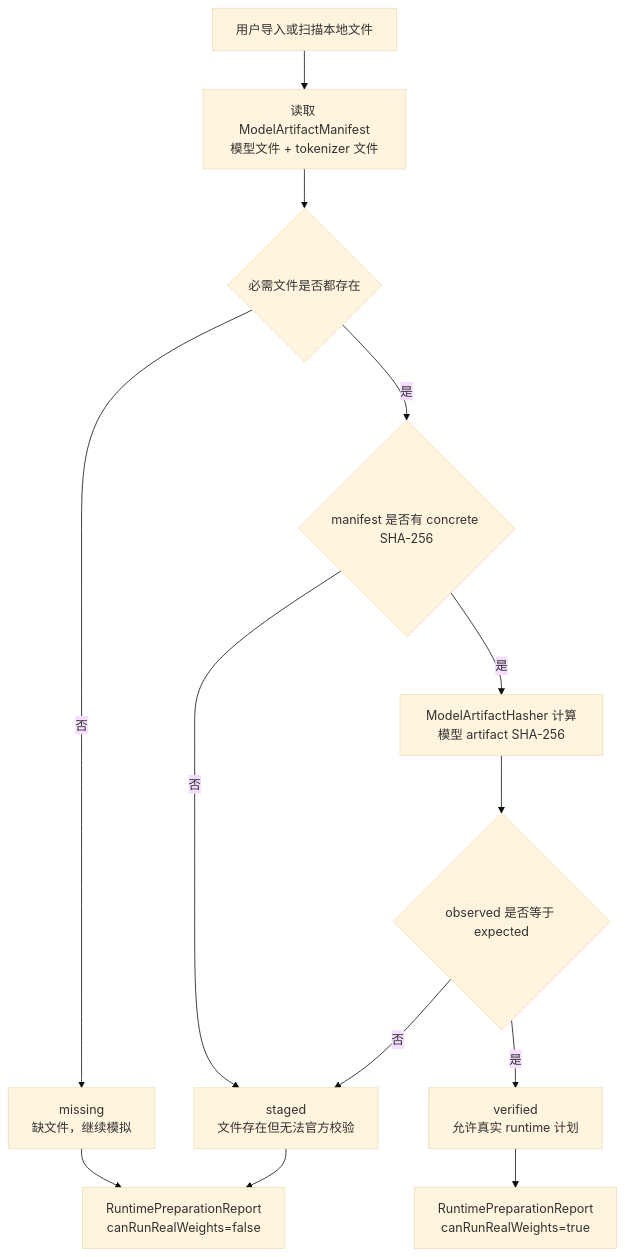
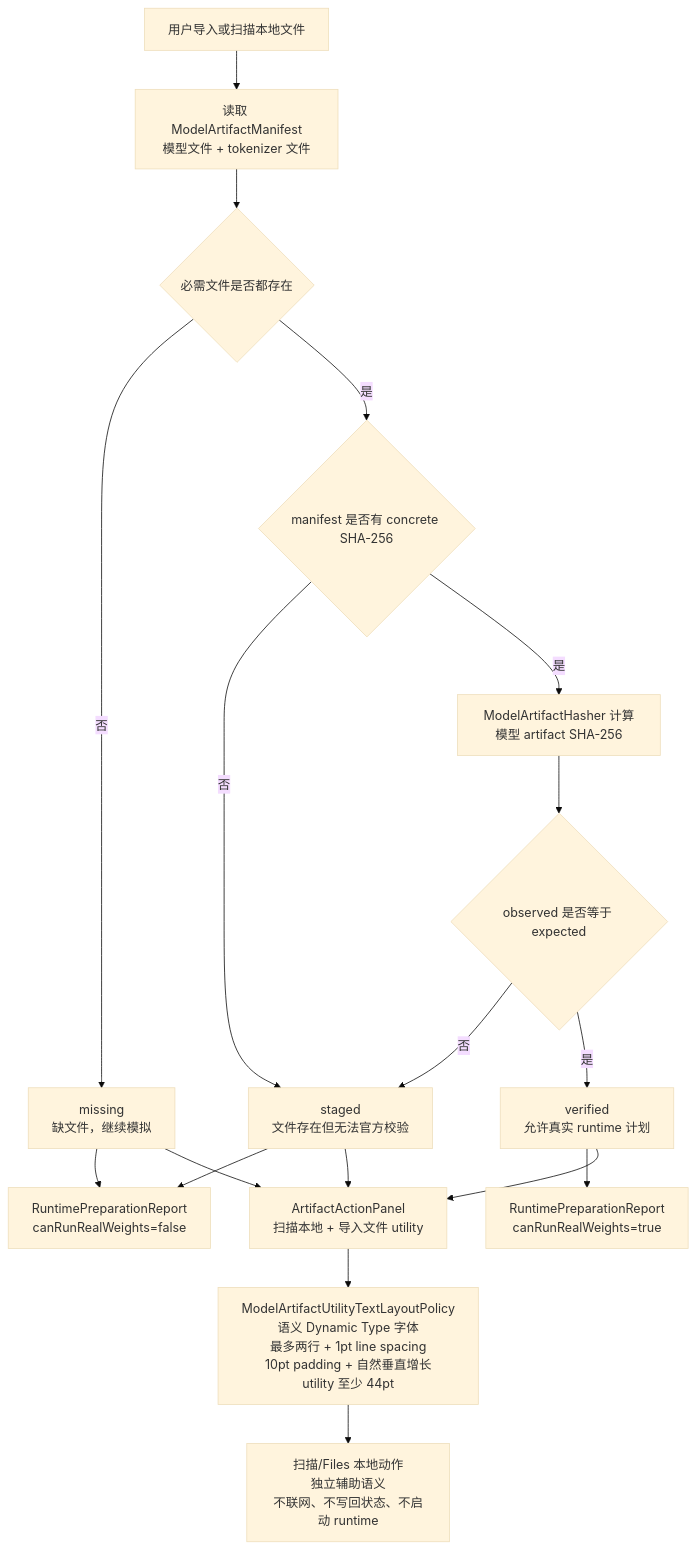
The second of 10 diagrams in md/flow/flowchart.md (Altman-sam114/113), drawn with Mermaid (base theme) before and after one commit. The commit also changed other lines of this file and 7 other files, not shown here.

````diff
--- a/md/flow/flowchart.md
+++ b/md/flow/flowchart.md
@@ -39,15 +39,20 @@
 ```mermaid
 flowchart TD
     A[用户导入或扫描本地文件] --> B[读取 ModelArtifactManifest<br/>模型文件 + tokenizer 文件]
     B --> C{必需文件是否都存在}
     C -- 否 --> D[missing<br/>缺文件，继续模拟]
     C -- 是 --> E{manifest 是否有 concrete SHA-256}
     E -- 否 --> F[staged<br/>文件存在但无法官方校验]
     E -- 是 --> G[ModelArtifactHasher 计算模型 artifact SHA-256]
     G --> H{observed 是否等于 expected}
     H -- 否 --> F
     H -- 是 --> I[verified<br/>允许真实 runtime 计划]
     D --> J[RuntimePreparationReport<br/>canRunRealWeights=false]
     F --> J
     I --> K[RuntimePreparationReport<br/>canRunRealWeights=true]
+    D --> L[ArtifactActionPanel<br/>扫描本地 + 导入文件 utility]
+    F --> L
+    I --> L
+    L --> M[ModelArtifactUtilityTextLayoutPolicy<br/>语义 Dynamic Type 字体<br/>最多两行 + 1pt line spacing<br/>10pt padding + 自然垂直增长<br/>utility 至少 44pt]
+    M --> N[扫描/Files 本地动作<br/>独立辅助语义<br/>不联网、不写回状态、不启动 runtime]
 ```
````
